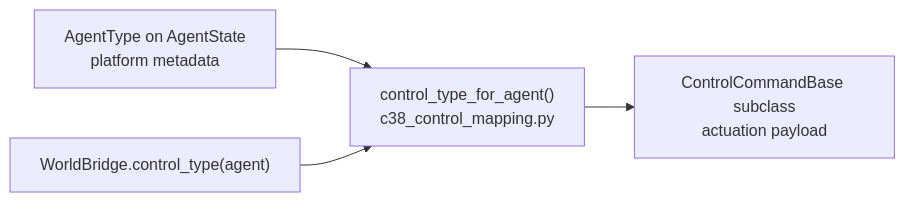
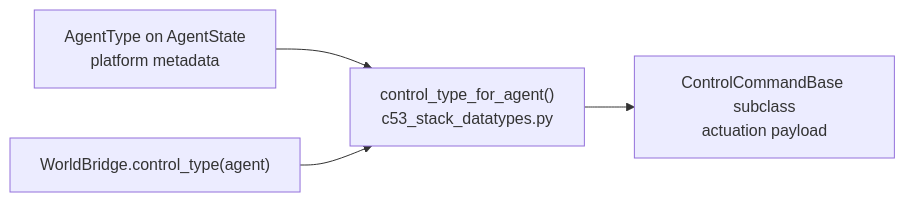
Before and after one commit to AV-Lab/avlite: the second of 2 diagrams in docs/plugin-development.md, drawn with Mermaid. The commit also changed other lines of this file and 86 other files, not shown here.

First line of the commit message:
Release 0.4.5: typed map capabilities, MayUse soft deps, Pure Pursuit/FTG, and stack contract validation.

````diff
--- a/docs/plugin-development.md
+++ b/docs/plugin-development.md
@@ -279,9 +320,9 @@
 ```mermaid
 flowchart LR
   AgentType["AgentType on AgentState\nplatform metadata"]
   CmdClass["ControlCommandBase subclass\nactuation payload"]
-  Map["control_type_for_agent()\nc38_control_mapping.py"]
+  Map["control_type_for_agent()\nc53_stack_datatypes.py"]
   Bridge["WorldBridge.control_type(agent)"]
   AgentType --> Map --> CmdClass
   Bridge --> Map
 ```
````
